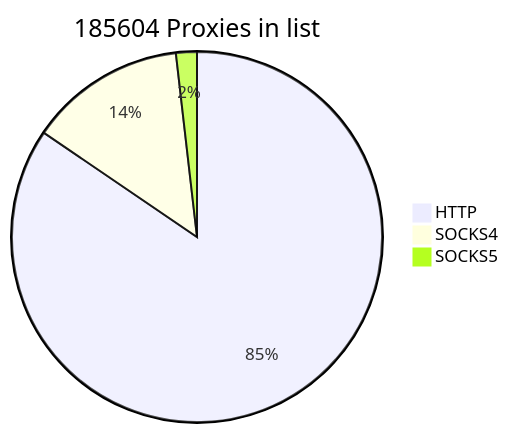
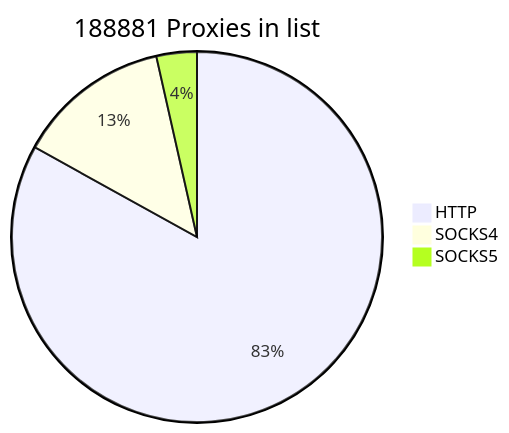
One commit to cutipu/proxylist changed the first of 2 diagrams in README.md. Above: the diagram before and after it, drawn with Mermaid. The commit also changed other lines of this file, not shown here.

````diff
--- a/README.md
+++ b/README.md
@@ -2,7 +2,7 @@
 ```mermaid
-pie title 185604 Proxies in list
+pie title 188881 Proxies in list
     "HTTP" : 156852
-    "SOCKS4" : 25365
-    "SOCKS5" : 3387
+    "SOCKS4" : 25366
+    "SOCKS5" : 6663
             
 ```
````
